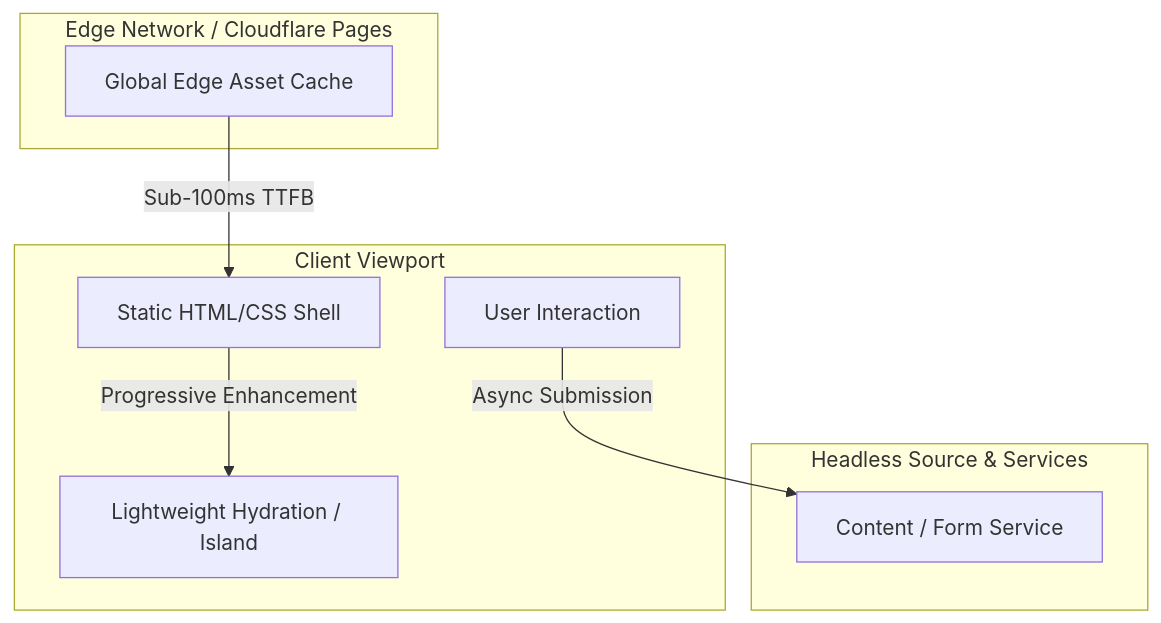
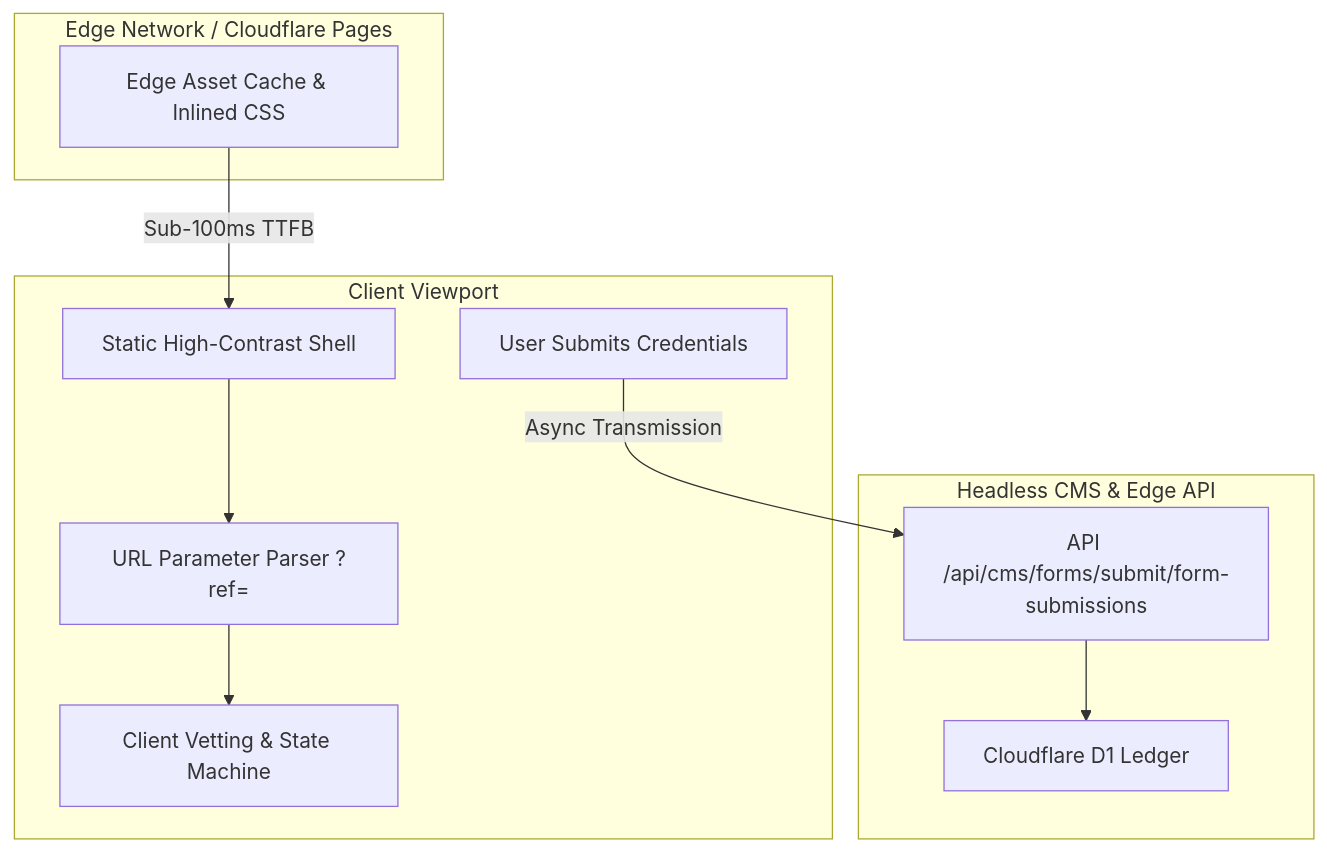
The diagram in docs/frontend-flow.mermaid (robinsehnalik/privatesociety-public), drawn with Mermaid before and after one commit. The commit also changed 5 other files, not shown here.

Commit message:
feat: add authentic sanitized components and update architecture showcase

```diff
--- a/docs/frontend-flow.mermaid
+++ b/docs/frontend-flow.mermaid
@@ -1,18 +1,22 @@
 flowchart TD
     subgraph Browser [Client Viewport]
-        DOM[Static HTML/CSS Shell]
-        Hydrate[Lightweight Hydration / Island]
-        UserAction[User Interaction]
+        DOM[Static High-Contrast Shell]
+        UrlParser[URL Parameter Parser ?ref=]
+        VettingEngine[Client Vetting & State Machine]
+        UserAction[User Submits Credentials]
     end
 
     subgraph EdgeCDN [Edge Network / Cloudflare Pages]
-        Cache[Global Edge Asset Cache]
+        Cache[Edge Asset Cache & Inlined CSS]
     end
 
-    subgraph HeadlessData [Headless Source & Services]
-        CMS[Content / Form Service]
+    subgraph HeadlessData [Headless CMS & Edge API]
+        VettingEndpoint[API /api/cms/forms/submit/form-submissions]
+        D1[Cloudflare D1 Ledger]
     end
 
     Cache -->|Sub-100ms TTFB| DOM
-    DOM -->|Progressive Enhancement| Hydrate
-    UserAction -->|Async Submission| CMS
+    DOM --> UrlParser
+    UrlParser --> VettingEngine
+    UserAction -->|Async Transmission| VettingEndpoint
+    VettingEndpoint --> D1
```
